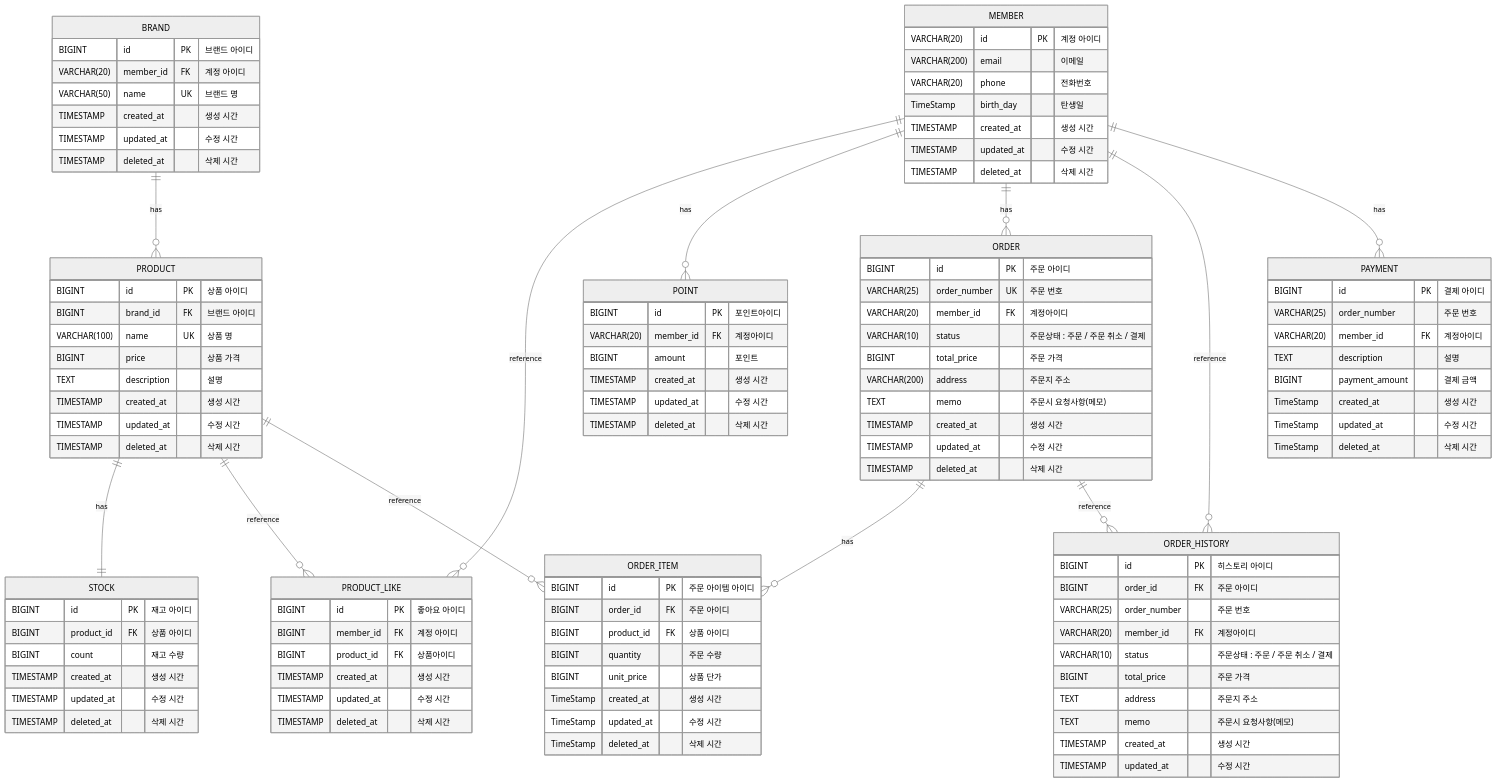
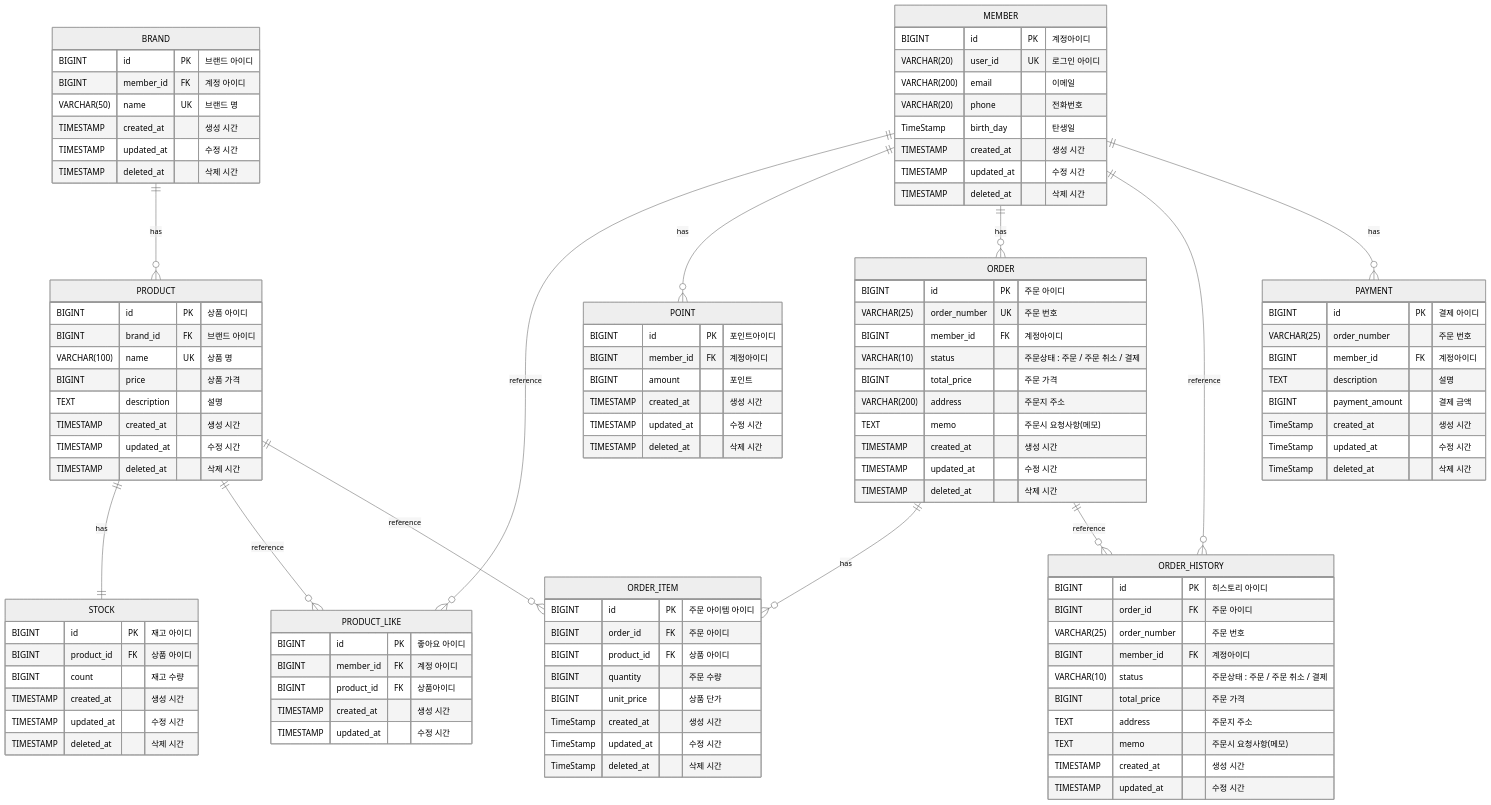
The diagram in apps/commerce-api/docs/desigin/04-erd.md (Loopers-Team-6/younghun), drawn with Mermaid (neutral theme) before and after one commit. The commit also changed 27 other files, not shown here.

```diff
--- a/apps/commerce-api/docs/desigin/04-erd.md
+++ b/apps/commerce-api/docs/desigin/04-erd.md
@@ -5,7 +5,7 @@
 %%브랜드    
 BRAND {
  BIGINT id PK "브랜드 아이디"
- VARCHAR(20) member_id FK "계정 아이디"
+ BIGINT member_id FK "계정 아이디"
  VARCHAR(50) name UK "브랜드 명"
 
  TIMESTAMP created_at "생성 시간"
@@ -44,12 +44,12 @@
  
  TIMESTAMP created_at "생성 시간"
  TIMESTAMP updated_at "수정 시간"
- TIMESTAMP deleted_at "삭제 시간"
 }
 
 %% 계정
 MEMBER {
- VARCHAR(20) id PK "계정 아이디"
+ BIGINT id PK "계정아이디"
+ VARCHAR(20) user_id UK "로그인 아이디"
  VARCHAR(200) email "이메일"
  VARCHAR(20) phone "전화번호"
  TimeStamp birth_day "탄생일"
@@ -61,7 +61,7 @@
 %% 포인트
 POINT {
  BIGINT id PK "포인트아이디"
- VARCHAR(20) member_id FK "계정아이디"
+ BIGINT member_id FK "계정아이디"
  BIGINT amount "포인트"
 
  TIMESTAMP created_at "생성 시간"
@@ -74,7 +74,7 @@
 ORDER {
  BIGINT id PK "주문 아이디"
  VARCHAR(25) order_number UK "주문 번호"
- VARCHAR(20) member_id FK "계정아이디" 
+ BIGINT member_id FK "계정아이디" 
  VARCHAR(10) status "주문상태 : 주문 / 주문 취소 / 결제"
  
  BIGINT total_price "주문 가격"    
@@ -106,7 +106,7 @@
  BIGINT id PK "히스토리 아이디"
  BIGINT order_id FK "주문 아이디"
  VARCHAR(25) order_number "주문 번호"
- VARCHAR(20) member_id FK "계정아이디"
+ BIGINT member_id FK "계정아이디"
  VARCHAR(10) status "주문상태 : 주문 / 주문 취소 / 결제"
  
  BIGINT total_price "주문 가격"
@@ -122,7 +122,7 @@
 PAYMENT {
  BIGINT id PK "결제 아이디"
  VARCHAR(25) order_number "주문 번호"
- VARCHAR(20) member_id FK "계정아이디"
+ BIGINT member_id FK "계정아이디"
  TEXT description "설명"
  BIGINT payment_amount "결제 금액"
  TimeStamp created_at "생성 시간"
```
